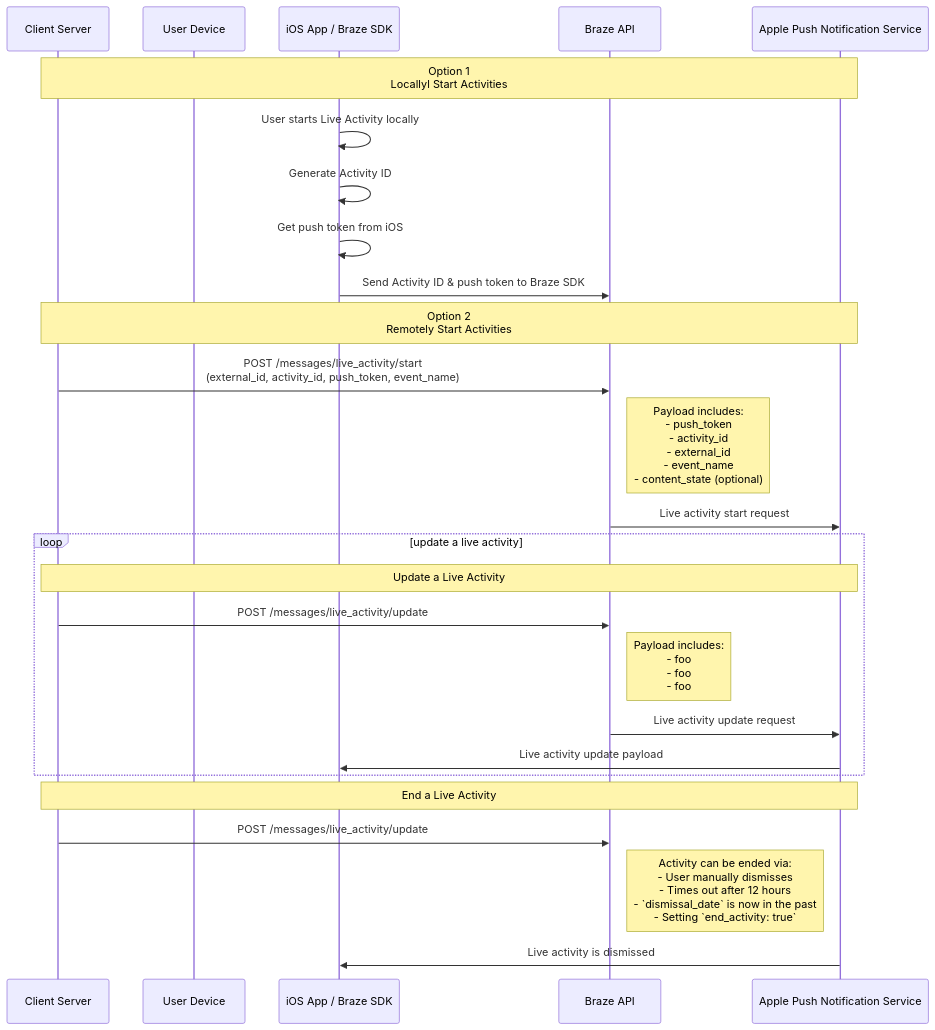
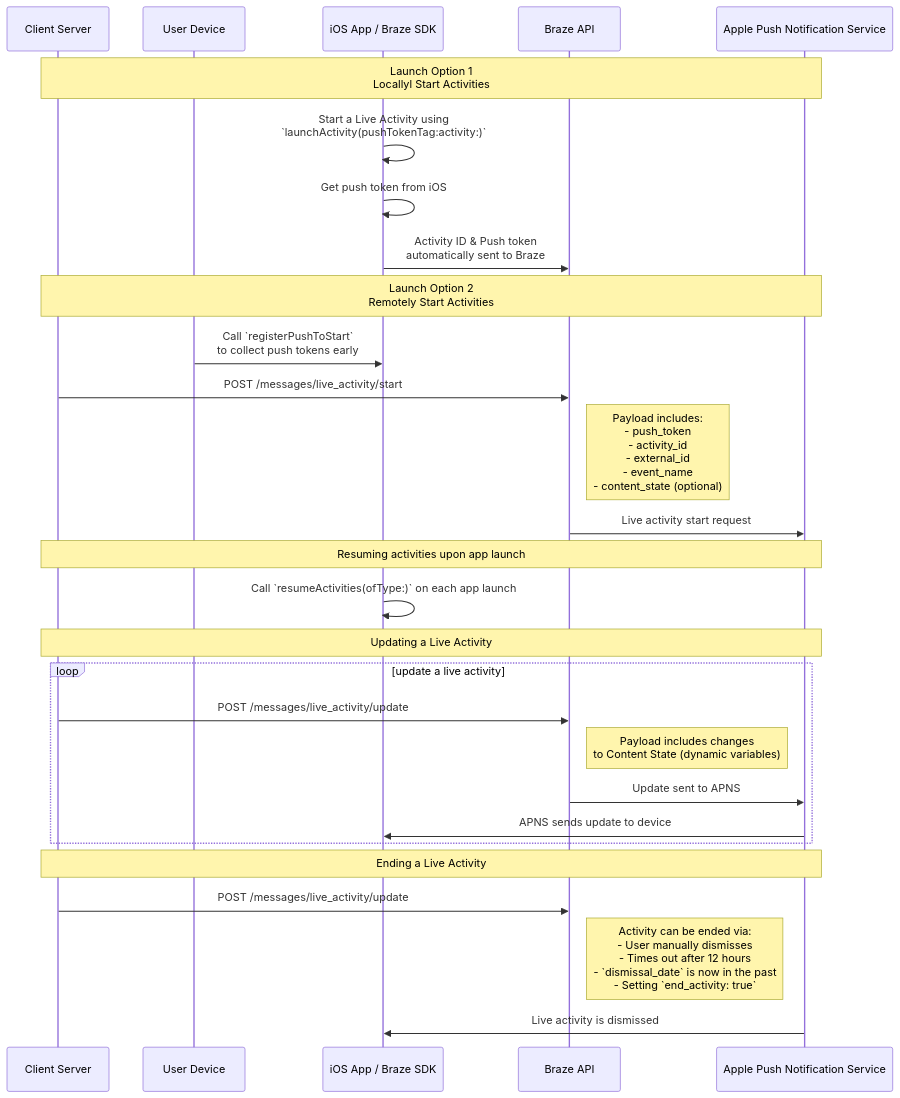
Before and after one commit to braze-inc/braze-docs: the diagram in _docs/_developer_guide/platforms/swift/live_activities.md, drawn with Mermaid.

````diff
--- a/_docs/_developer_guide/platforms/swift/live_activities.md
+++ b/_docs/_developer_guide/platforms/swift/live_activities.md
@@ -41,32 +41,34 @@
 ```mermaid
 ---
 config:
   theme: mc
 ---
 sequenceDiagram
   participant Server as Client Server
   participant Device as User Device
   participant App as iOS App / Braze SDK
   participant BrazeAPI as Braze API
   participant APNS as Apple Push Notification Service
-  Note over Server, APNS: Option 1<br/>Locallyl Start Activities
-  App ->> App: User starts Live Activity locally
-  App ->> App: Generate Activity ID
+  Note over Server, APNS: Launch Option 1<br/>Locallyl Start Activities
+  App ->> App: Start a Live Activity using <br>`launchActivity(pushTokenTag:activity:)`
   App ->> App: Get push token from iOS
-  App ->> BrazeAPI: Send Activity ID & push token to Braze SDK
-  Note over Server, APNS: Option 2<br/>Remotely Start Activities
-  Server ->> BrazeAPI: POST /messages/live_activity/start<br>(external_id, activity_id, push_token, event_name)
+  App ->> BrazeAPI: Activity ID & Push token<br>automatically sent to Braze
+  Note over Server, APNS: Launch Option 2<br/>Remotely Start Activities
+  Device ->> App: Call `registerPushToStart`<br>to collect push tokens early
+  Server ->> BrazeAPI: POST /messages/live_activity/start
   Note right of BrazeAPI: Payload includes:<br>- push_token<br>- activity_id<br>- external_id<br>- event_name<br>- content_state (optional)
   BrazeAPI ->> APNS: Live activity start request
+  Note over Server, APNS: Resuming activities upon app launch
+  App ->> App: Call `resumeActivities(ofType:)` on each app launch
+  Note over Server, APNS: Updating a Live Activity
   loop update a live activity
-  Note over Server, APNS: Update a Live Activity
   Server ->> BrazeAPI: POST /messages/live_activity/update
-  Note right of BrazeAPI: Payload includes:<br>- foo<br>- foo<br>- foo
-  BrazeAPI ->> APNS: Live activity update request
-  APNS ->> App: Live activity update payload
+  Note right of BrazeAPI: Payload includes changes<br>to Content State (dynamic variables)
+  BrazeAPI ->> APNS: Update sent to APNS
+  APNS ->> App: APNS sends update to device
   end
-  Note over Server, APNS: End a Live Activity
+  Note over Server, APNS: Ending a Live Activity
   Server ->> BrazeAPI: POST /messages/live_activity/update
   Note right of BrazeAPI: Activity can be ended via:<br> - User manually dismisses<br>- Times out after 12 hours<br>- `dismissal_date` is now in the past<br>- Setting `end_activity: true`
   APNS ->> App: Live activity is dismissed
 ```
````
